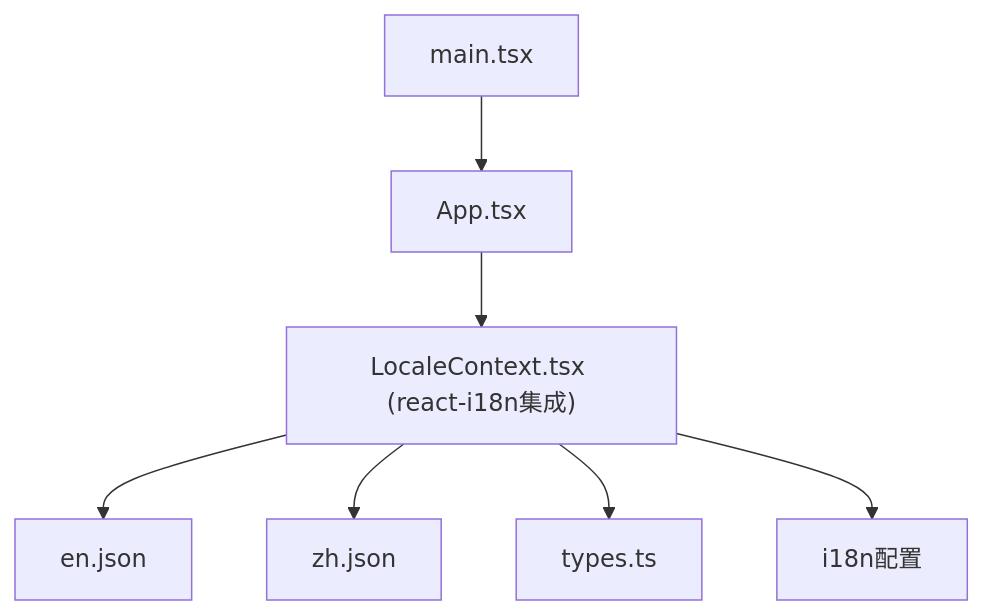
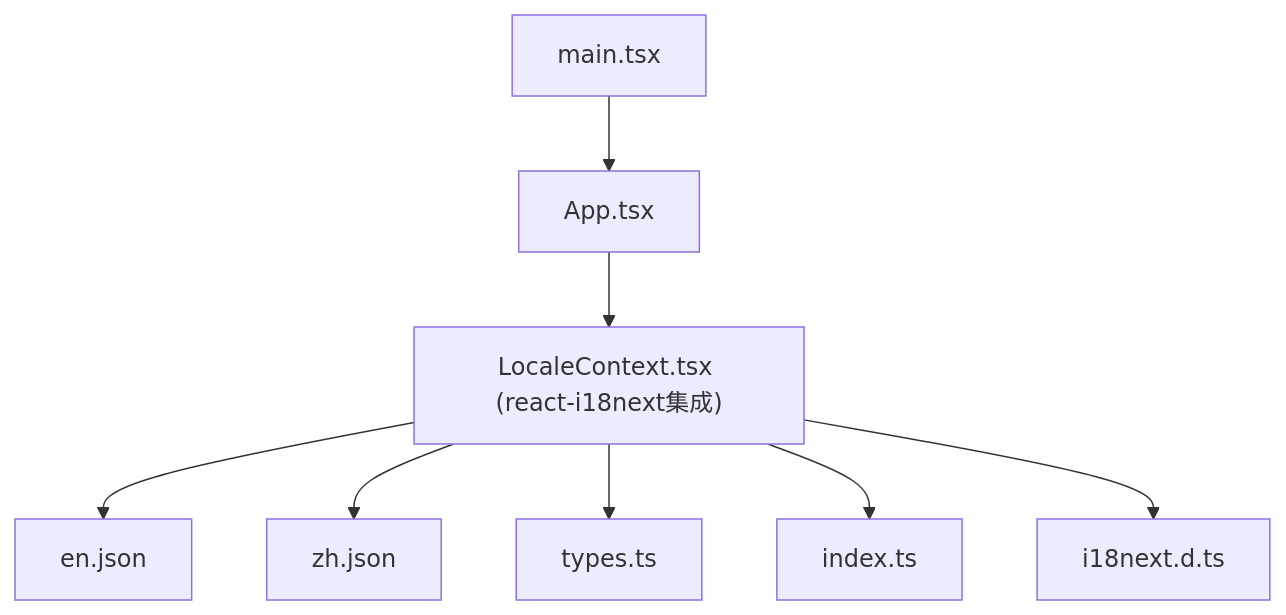
Before and after one commit to Hu-Right/supply-os: the first of 5 diagrams in .qoder/repowiki/zh/content/国际化系统.md, drawn with Mermaid. The commit also changed other lines of this file and 16 other files, not shown here.

````diff
--- a/.qoder/repowiki/zh/content/国际化系统.md
+++ b/.qoder/repowiki/zh/content/国际化系统.md
@@ -47,9 +51,10 @@
 ```mermaid
 graph TB
 A["main.tsx"] --> B["App.tsx"]
-B --> C["LocaleContext.tsx (react-i18n集成)"]
+B --> C["LocaleContext.tsx (react-i18next集成)"]
 C --> D["en.json"]
 C --> E["zh.json"]
 C --> F["types.ts"]
-C --> G["i18n配置"]
+C --> G["index.ts"]
+C --> H["i18next.d.ts"]
 ```
````
